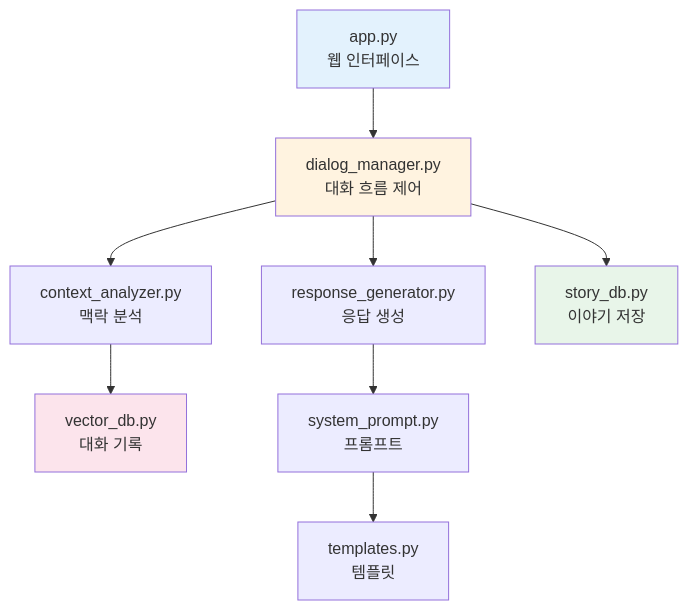
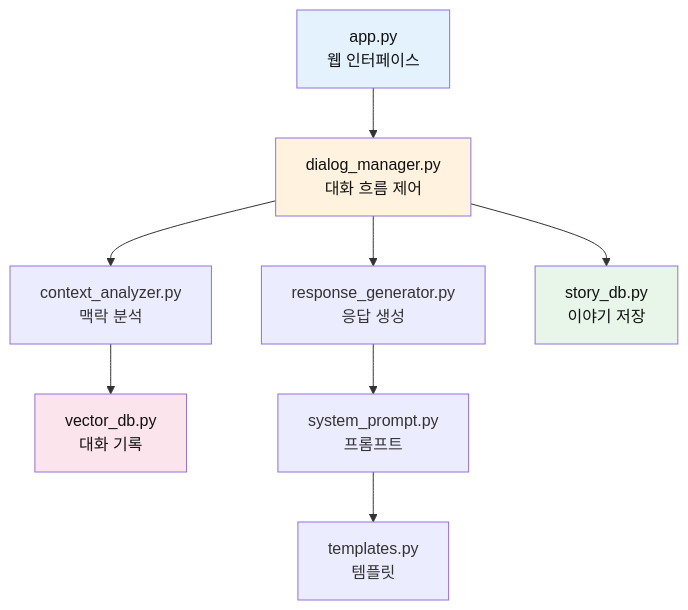
The tenth of 23 diagrams in documents/6차식/6차시_고등_대화형스토리Agent_역공부.md (Collegenie-X/AIMakerLab_Web), drawn with Mermaid before and after one commit. The commit also changed other lines of this file and 24 other files, not shown here.

````diff
--- a/documents/6차식/6차시_고등_대화형스토리Agent_역공부.md
+++ b/documents/6차식/6차시_고등_대화형스토리Agent_역공부.md
@@ -511,19 +794,19 @@
 ```mermaid
 graph TB
     A[app.py<br/>웹 인터페이스] --> B[dialog_manager.py<br/>대화 흐름 제어]
     
     B --> C[context_analyzer.py<br/>맥락 분석]
     B --> D[response_generator.py<br/>응답 생성]
     
     C --> E[vector_db.py<br/>대화 기록]
     D --> F[system_prompt.py<br/>프롬프트]
     
     B --> G[story_db.py<br/>이야기 저장]
     
     F --> H[templates.py<br/>템플릿]
     
-    style A fill:#e3f2fd
-    style B fill:#fff3e0
-    style E fill:#fce4ec
-    style G fill:#e8f5e9
+    style A fill:#e3f2fd,color:#111
+    style B fill:#fff3e0,color:#111
+    style E fill:#fce4ec,color:#111
+    style G fill:#e8f5e9,color:#111
 ```
````
